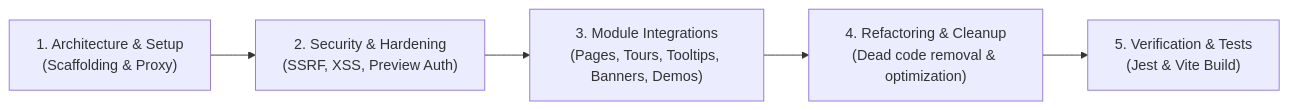
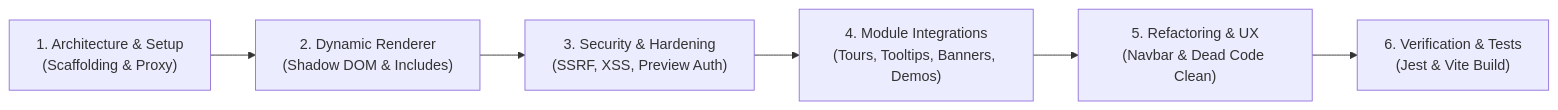
One commit to KunalTechs/PagePilot-MERN-Host changed the third of 3 diagrams in README.md. Above: the diagram before and after it, drawn with Mermaid. The commit also changed other lines of this file, not shown here.

Commit message:
Docs: Upgrade README with detailed architecture workflows, API sequence diagrams, embedded screenshots, and optimized prompts

````diff
--- a/README.md
+++ b/README.md
@@ -54,7 +210,8 @@
 ```mermaid
 flowchart LR
-    A["1. Architecture & Setup<br/>(Scaffolding & Proxy)"] --> B["2. Security & Hardening<br/>(SSRF, XSS, Preview Auth)"]
-    B --> C["3. Module Integrations<br/>(Pages, Tours, Tooltips, Banners, Demos)"]
-    C --> D["4. Refactoring & Cleanup<br/>(Dead code removal & optimization)"]
-    D --> E["5. Verification & Tests<br/>(Jest & Vite Build)"]
+    A["1. Architecture & Setup<br/>(Scaffolding & Proxy)"] --> B["2. Dynamic Renderer<br/>(Shadow DOM & Includes)"]
+    B --> C["3. Security & Hardening<br/>(SSRF, XSS, Preview Auth)"]
+    C --> D["4. Module Integrations<br/>(Tours, Tooltips, Banners, Demos)"]
+    D --> E["5. Refactoring & UX<br/>(Navbar & Dead Code Clean)"]
+    E --> F["6. Verification & Tests<br/>(Jest & Vite Build)"]
 ```
````
